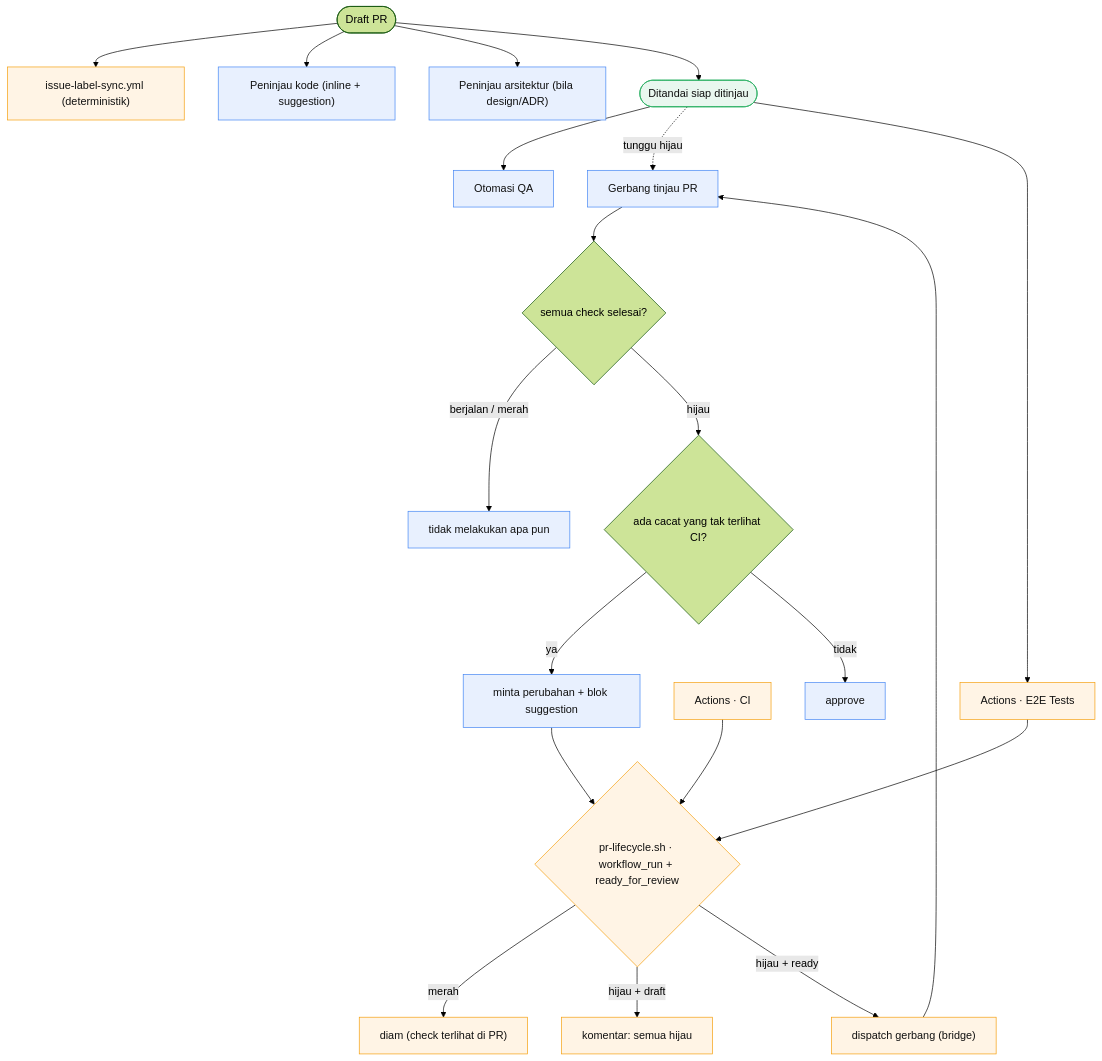
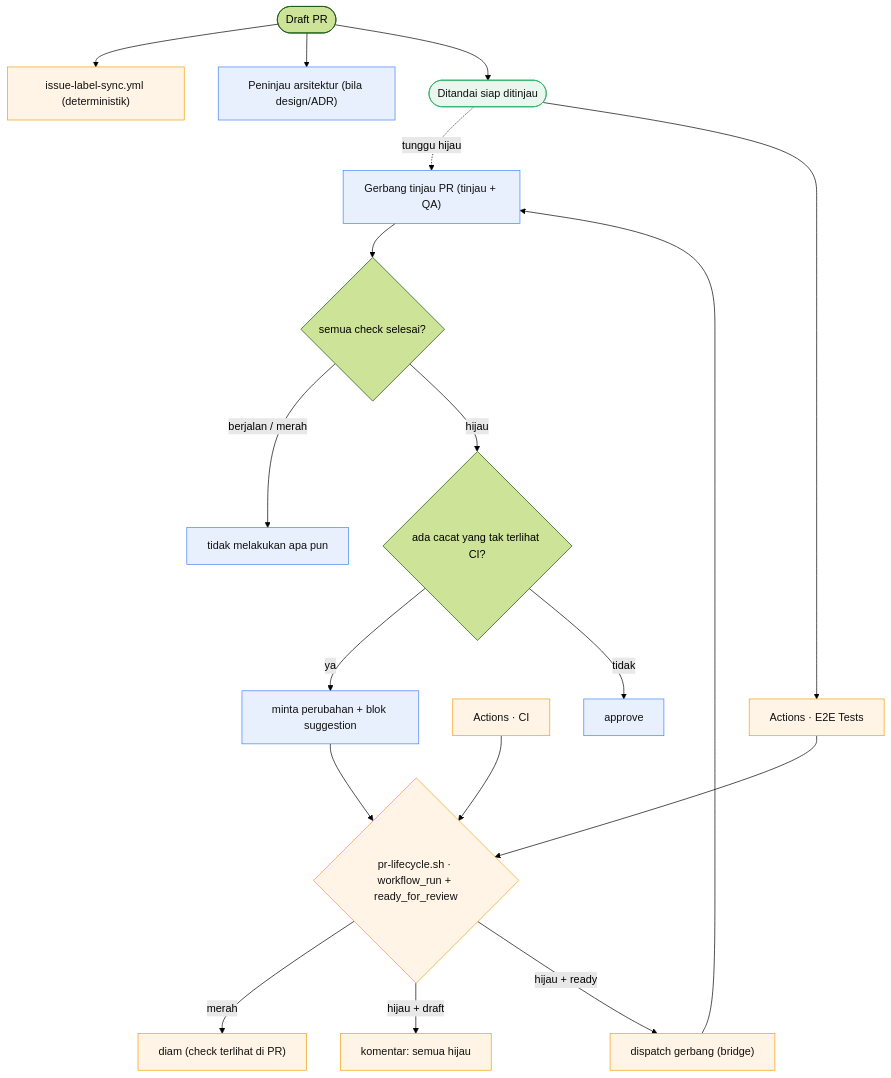
One commit to cipansor/cipansor changed the fourth of 6 diagrams in docs/SDLC-FLOW.md. Above: the diagram before and after it, drawn with Mermaid (forest theme). The commit also changed other lines of this file and 12 other files, not shown here.

First line of the commit message:
fix(armada): pensiunkan empat otomasi + tegakkan putusan gerbang bukan final

````diff
--- a/docs/SDLC-FLOW.md
+++ b/docs/SDLC-FLOW.md
@@ -572,28 +570,26 @@
 ```mermaid
 flowchart TD
   classDef cloud fill:#e8f0fe,stroke:#4285f4,color:#111;
   classDef gh fill:#fff4e5,stroke:#f59e0b,color:#111;
   classDef human fill:#e9f7ef,stroke:#27ae60,color:#111;
 
   DPR([Draft PR]) --> C17["issue-label-sync.yml (deterministik)"]:::gh
-  DPR --> C8["Peninjau kode (inline + suggestion)"]:::cloud
   DPR --> C4["Peninjau arsitektur (bila design/ADR)"]:::cloud
   DPR --> RDY(["Ditandai siap ditinjau"]):::human
 
-  RDY --> C10["Otomasi QA"]:::cloud
-  RDY -. "tunggu hijau" .-> C18["Gerbang tinjau PR"]:::cloud
+  RDY -. "tunggu hijau" .-> C18["Gerbang tinjau PR (tinjau + QA)"]:::cloud
   RDY --> E2E["Actions · E2E Tests"]:::gh
   CI["Actions · CI"]:::gh --> LC
 
   E2E --> LC{"pr-lifecycle.sh · workflow_run + ready_for_review"}:::gh
   LC -- merah --> RQ["diam (check terlihat di PR)"]:::gh
   LC -- "hijau + draft" --> GC["komentar: semua hijau"]:::gh
   LC -- "hijau + ready" --> DISP["dispatch gerbang (bridge)"]:::gh --> C18
 
   C18 --> DEC{"semua check selesai?"}
   DEC -- "berjalan / merah" --> STOP["tidak melakukan apa pun"]:::cloud
   DEC -- hijau --> REV{"ada cacat yang tak terlihat CI?"}
   REV -- ya --> RC["minta perubahan + blok suggestion"]:::cloud
   REV -- tidak --> APP["approve"]:::cloud
   RC --> LC
 ```
````
